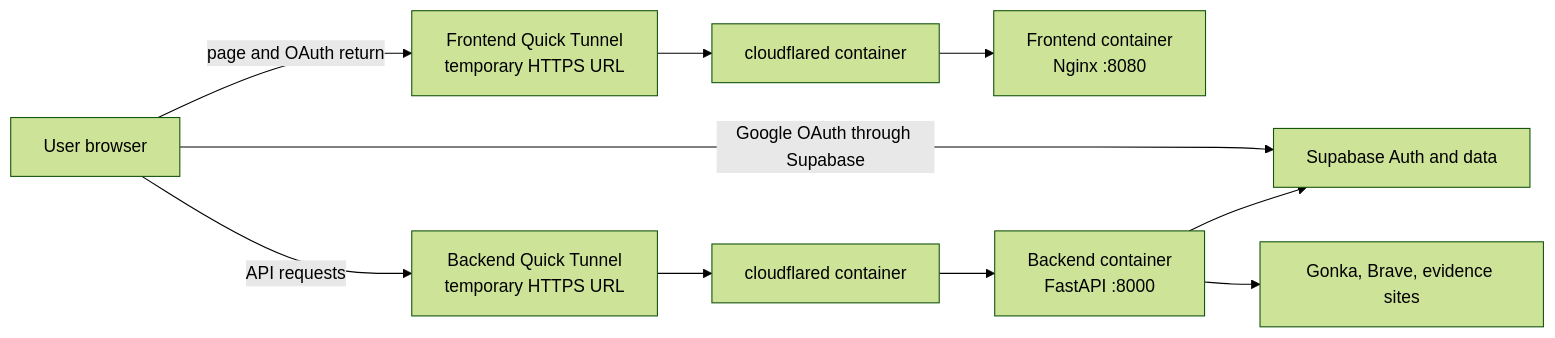
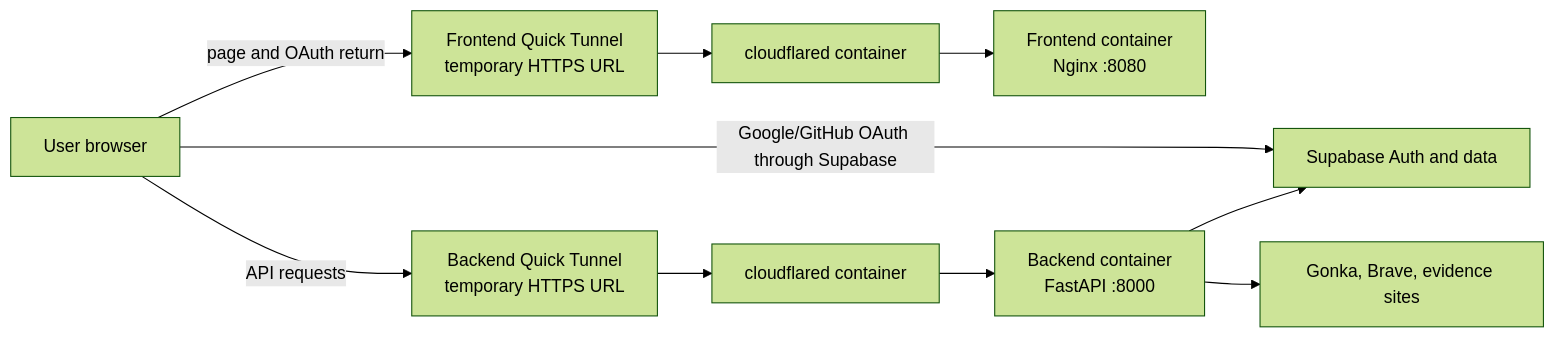
Before and after one commit to ChaoChuan05/TruthScope: the diagram in docs/deployment/deployment-part-2-quick-tunnels.md, drawn with Mermaid (forest theme). The commit also changed other lines of this file and 21 other files, not shown here.

```diff
--- a/docs/deployment/deployment-part-2-quick-tunnels.md
+++ b/docs/deployment/deployment-part-2-quick-tunnels.md
@@ -27,20 +28,20 @@
 ~~~mermaid
 flowchart LR
     Browser[User browser]
     FrontURL[Frontend Quick Tunnel<br/>temporary HTTPS URL]
     FrontTunnel[cloudflared container]
     Front[Frontend container<br/>Nginx :8080]
     BackURL[Backend Quick Tunnel<br/>temporary HTTPS URL]
     BackTunnel[cloudflared container]
     Back[Backend container<br/>FastAPI :8000]
     Supabase[Supabase Auth and data]
     Providers[Gonka, Brave, evidence sites]
 
     Browser -->|page and OAuth return| FrontURL
     FrontURL --> FrontTunnel --> Front
     Browser -->|API requests| BackURL
     BackURL --> BackTunnel --> Back
-    Browser -->|Google OAuth through Supabase| Supabase
+    Browser -->|Google/GitHub OAuth through Supabase| Supabase
     Back --> Supabase
     Back --> Providers
 ~~~
```
